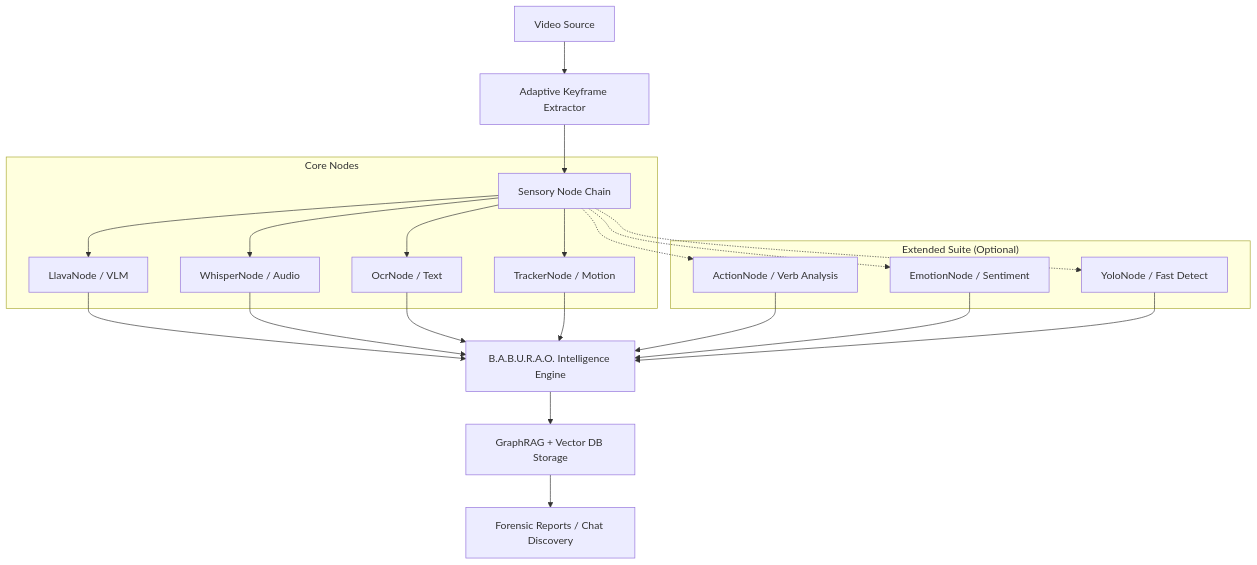
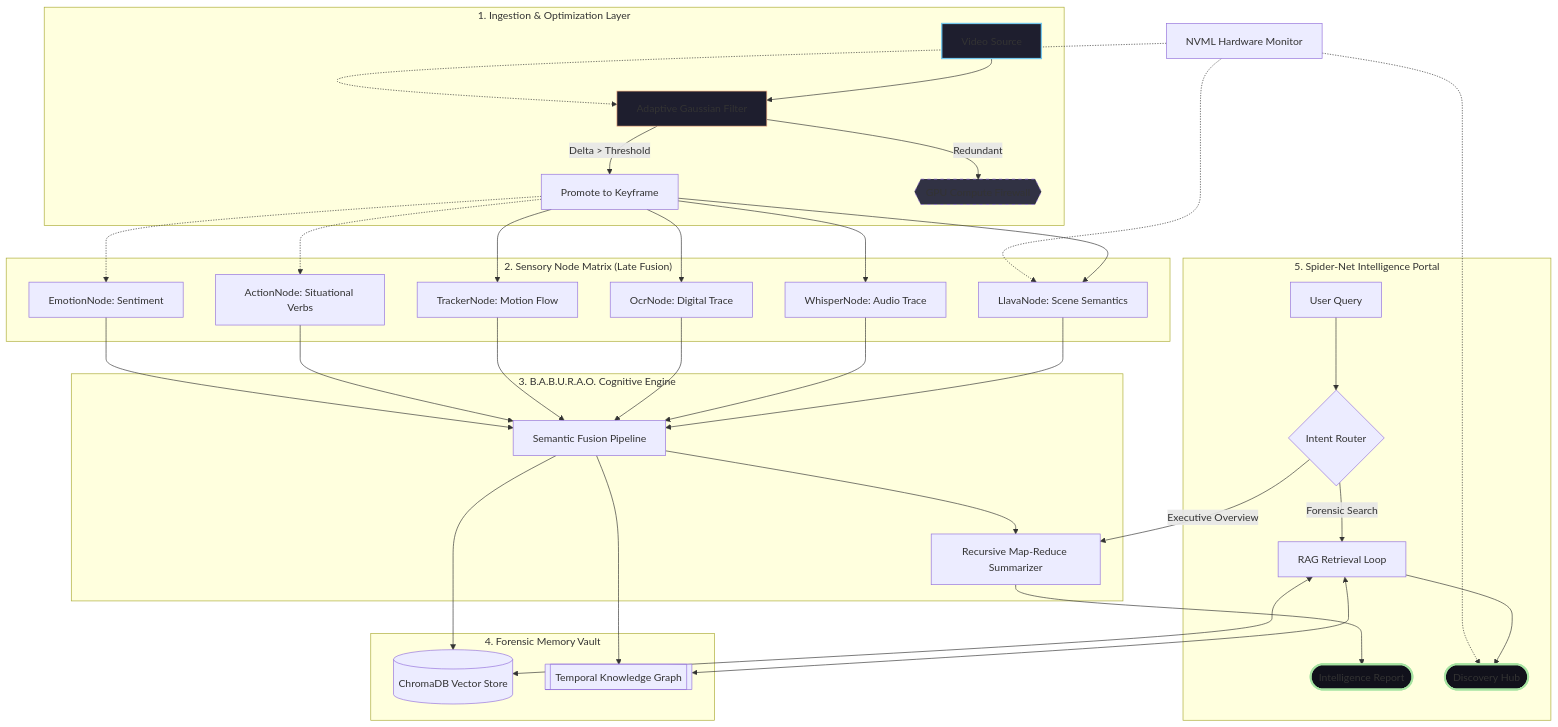
The diagram in README.md (rahulsiiitm/videochain-python), drawn with Mermaid before and after one commit. The commit also changed other lines of this file and 2 other files, not shown here.

First line of the commit message:
docs: finalized v0.8.0 master documentation suite

````diff
--- a/README.md
+++ b/README.md
@@ -14,19 +14,55 @@
 ```mermaid
 graph TD
-    A[Video Source] --> B[Adaptive Keyframe Extractor]
-    B --> C[Sensory Node Chain]
-    subgraph "Core Nodes"
-        C --> D[LlavaNode / VLM]
-        C --> E[WhisperNode / Audio]
-        C --> F[OcrNode / Text]
-        C --> G[TrackerNode / Motion]
+    %% --- Ingestion Stage ---
+    subgraph "1. Ingestion & Optimization Layer"
+        VS[Video Source] --> AK[Adaptive Gaussian Filter]
+        AK -- "Delta > Threshold" --> PK[Promote to Keyframe]
+        AK -- "Redundant" --> DROP{{GPU Compute Firewall}}
     end
-    subgraph "Extended Suite (Optional)"
-        C -.-> H[ActionNode / Verb Analysis]
-        C -.-> I[EmotionNode / Sentiment]
-        C -.-> J[YoloNode / Fast Detect]
+
+    %% --- Inference Stage ---
+    subgraph "2. Sensory Node Matrix (Late Fusion)"
+        PK --> VLM[LlavaNode: Scene Semantics]
+        PK --> ASR[WhisperNode: Audio Trace]
+        PK --> OCR[OcrNode: Digital Trace]
+        PK --> TRK[TrackerNode: Motion Flow]
+        
+        %% Optional Sensors
+        PK -.-> ACT[ActionNode: Situational Verbs]
+        PK -.-> EMT[EmotionNode: Sentiment]
     end
-    D & E & F & G & H & I & J --> K[B.A.B.U.R.A.O. Intelligence Engine]
-    K --> L[GraphRAG + Vector DB Storage]
-    L --> M[Forensic Reports / Chat Discovery]
+
+    %% --- Intelligence Logic ---
+    subgraph "3. B.A.B.U.R.A.O. Cognitive Engine"
+        VLM & ASR & OCR & TRK & ACT & EMT --> FUSE[Semantic Fusion Pipeline]
+        FUSE --> RDN[Recursive Map-Reduce Summarizer]
+    end
+
+    %% --- Persistence ---
+    subgraph "4. Forensic Memory Vault"
+        FUSE --> KV[(ChromaDB Vector Store)]
+        FUSE --> KG[[Temporal Knowledge Graph]]
+    end
+
+    %% --- Interaction Stage ---
+    subgraph "5. Spider-Net Intelligence Portal"
+        USER[User Query] --> IR{Intent Router}
+        IR -- "Forensic Search" --> RAG[RAG Retrieval Loop]
+        IR -- "Executive Overview" --> RDN
+        RAG <--> KV
+        RAG <--> KG
+        RDN --> REPORT([Intelligence Report])
+        RAG --> DISCOVERY([Discovery Hub])
+    end
+
+    %% --- Hardware Loop ---
+    HM[NVML Hardware Monitor] -.-> AK
+    HM -.-> VLM
+    HM -.-> DISCOVERY
+
+    style VS fill:#1e1e2e,stroke:#74c7ec,stroke-width:2px;
+    style DISCOVERY fill:#11111b,stroke:#a6e3a1,stroke-width:3px;
+    style REPORT fill:#11111b,stroke:#a6e3a1,stroke-width:3px;
+    style DROP fill:#313244,stroke-dasharray: 5 5;
+    style AK fill:#1e1e2e,stroke:#fab387;
 ```
````
